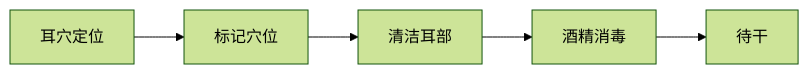
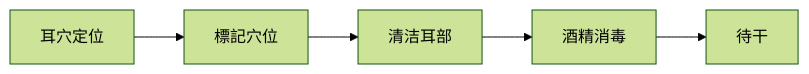
Before and after one commit to kmjade/knowledge-value: the first of 4 diagrams in 3 Resources/01-Tech/🏥 专业知识/耳穴知识库/03-臨床應用/王不留行籽贴压技术.md, drawn with Mermaid (forest theme). The commit also changed other lines of this file and 653 other files, not shown here.

````diff
--- a/3 Resources/01-Tech/🏥 专业知识/耳穴知识库/03-臨床應用/王不留行籽贴压技术.md
+++ b/3 Resources/01-Tech/🏥 专业知识/耳穴知识库/03-臨床應用/王不留行籽贴压技术.md
@@ -65,7 +65,7 @@
 ```mermaid
 flowchart LR
-    A[耳穴定位] --> B[标记穴位]
+    A[耳穴定位] --> B[標記穴位]
     B --> C[清洁耳部]
     C --> D[酒精消毒]
     D --> E[待干]
 ```
````
